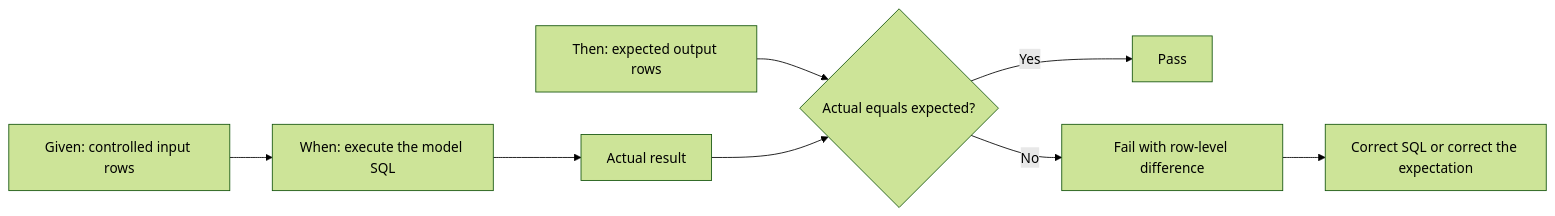
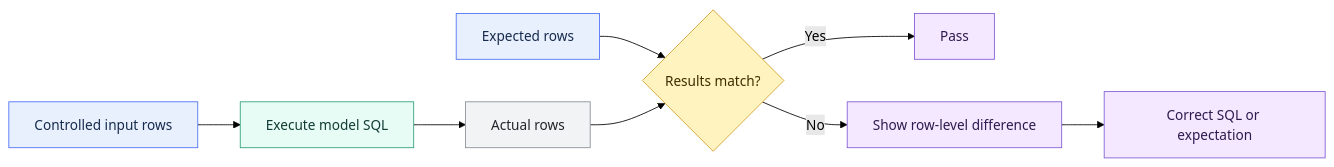
One commit to shonningsoy/Upskill changed the diagram in 02 dbt/03 Testing Documentation and Data Quality/22 Unit Tests for SQL Logic.md. Above: the diagram before and after it, drawn with Mermaid (forest theme). The commit also changed other lines of this file and 31 other files, not shown here.

````diff
--- a/02 dbt/03 Testing Documentation and Data Quality/22 Unit Tests for SQL Logic.md
+++ b/02 dbt/03 Testing Documentation and Data Quality/22 Unit Tests for SQL Logic.md
@@ -70,10 +71,21 @@
 ```mermaid
 flowchart LR
-    A[Given: controlled input rows] --> B[When: execute the model SQL]
-    B --> C[Actual result]
-    D[Then: expected output rows] --> E{Actual equals expected?}
+    A[Controlled input rows] --> B[Execute model SQL]
+    B --> C[Actual rows]
+    D[Expected rows] --> E{Results match?}
     C --> E
     E -->|Yes| F[Pass]
-    E -->|No| G[Fail with row-level difference]
-    G --> H[Correct SQL or correct the expectation]
+    E -->|No| G[Show row-level difference]
+    G --> H[Correct SQL or expectation]
+
+    class A,D input
+    class E control
+    class B dbt
+    class C platform
+    class F,G,H output
+    classDef input fill:#E8F0FE,stroke:#4C6EF5,color:#172B4D
+    classDef control fill:#FFF3BF,stroke:#D69E2E,color:#3D2E00
+    classDef dbt fill:#E6FCF5,stroke:#2F9E7B,color:#123C34
+    classDef platform fill:#F1F3F5,stroke:#868E96,color:#212529
+    classDef output fill:#F3E8FF,stroke:#805AD5,color:#2D1B4E
 ```
````
